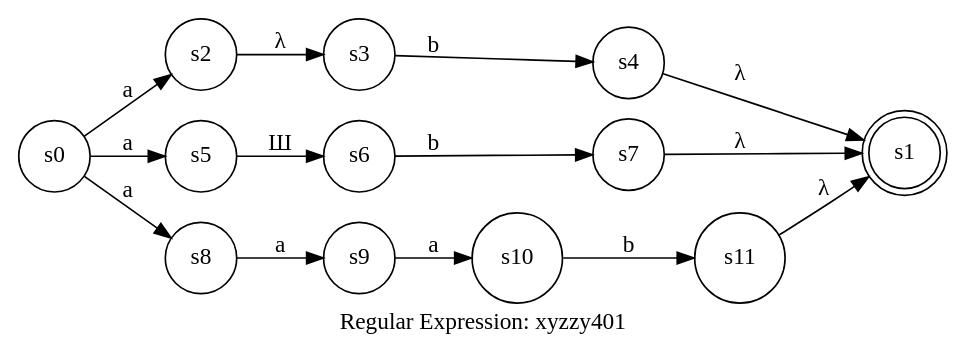
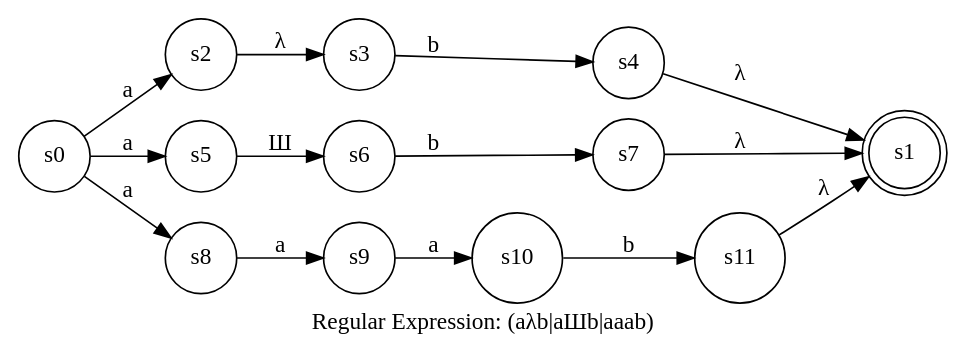
Before and after one commit to pschlump/lexie: the diagram in ref/nfa_0028.gv, drawn with Graphviz. The commit also changed 70 other files, not shown here.

```diff
--- a/ref/nfa_0028.gv
+++ b/ref/nfa_0028.gv
@@ -1,20 +1,20 @@
 digraph finite_state_machine {
-	label="Regular Expression: xyzzy401";
+	label="Regular Expression: (aλb|aШb|aaab)";
 	rankdir=LR;
 	size="8,5"
 	node [shape = doublecircle]; s1;
 	node [shape = circle];
 	s0 -> s2 [ label = "a" ];
 	s0 -> s5 [ label = "a" ];
 	s0 -> s8 [ label = "a" ];
 	s2 -> s3 [ label = "λ" ];
 	s3 -> s4 [ label = "b" ];
 	s4 -> s1 [ label = "λ" ];
 	s5 -> s6 [ label = "Ш" ];
 	s6 -> s7 [ label = "b" ];
 	s7 -> s1 [ label = "λ" ];
 	s8 -> s9 [ label = "a" ];
 	s9 -> s10 [ label = "a" ];
 	s10 -> s11 [ label = "b" ];
 	s11 -> s1 [ label = "λ" ];
 }
```
